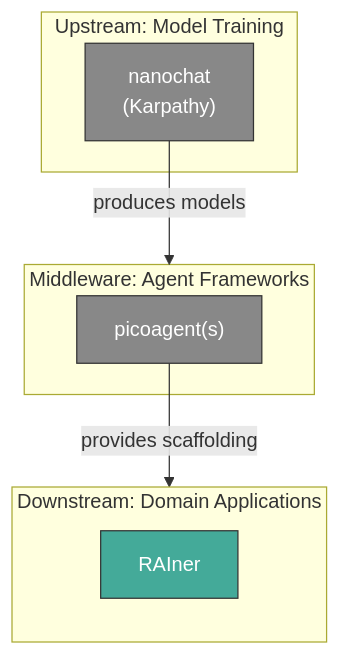
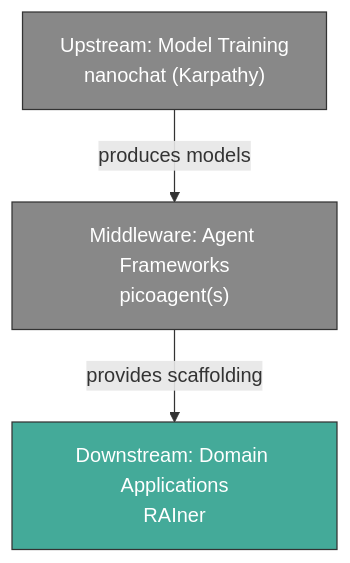
The third of 4 diagrams in slides/here_comes_rainer.qmd (CasparDP/RAIner), drawn with Mermaid before and after one commit. The commit also changed other lines of this file and 13 other files, not shown here.

First line of the commit message:
slides: update deck to current architecture, restyle, drop logo

````diff
--- a/slides/here_comes_rainer.qmd
+++ b/slides/here_comes_rainer.qmd
@@ -193,22 +194,14 @@
 ```{mermaid}
-%%| fig-width: 10
+%%| fig-width: 6
 flowchart TB
-    subgraph Upstream["Upstream: Model Training"]
-        nano["nanochat\n(Karpathy)"]
-    end
+    nano["Upstream: Model Training<br/>nanochat (Karpathy)"]
+    pico["Middleware: Agent Frameworks<br/>picoagent(s)"]
+    rainer["Downstream: Domain Applications<br/>RAIner"]
 
-    subgraph Middleware["Middleware: Agent Frameworks"]
-        pico["picoagent(s)"]
-    end
-
-    subgraph Downstream["Downstream: Domain Applications"]
-        rainer["RAIner"]
-    end
-
-    nano -- "produces models" --> Middleware
-    pico -- "provides scaffolding" --> Downstream
+    nano -- "produces models" --> pico
+    pico -- "provides scaffolding" --> rainer
 
     style rainer fill:#4a9,stroke:#333,color:#fff
     style nano fill:#888,stroke:#333,color:#fff
     style pico fill:#888,stroke:#333,color:#fff
 ```
````
